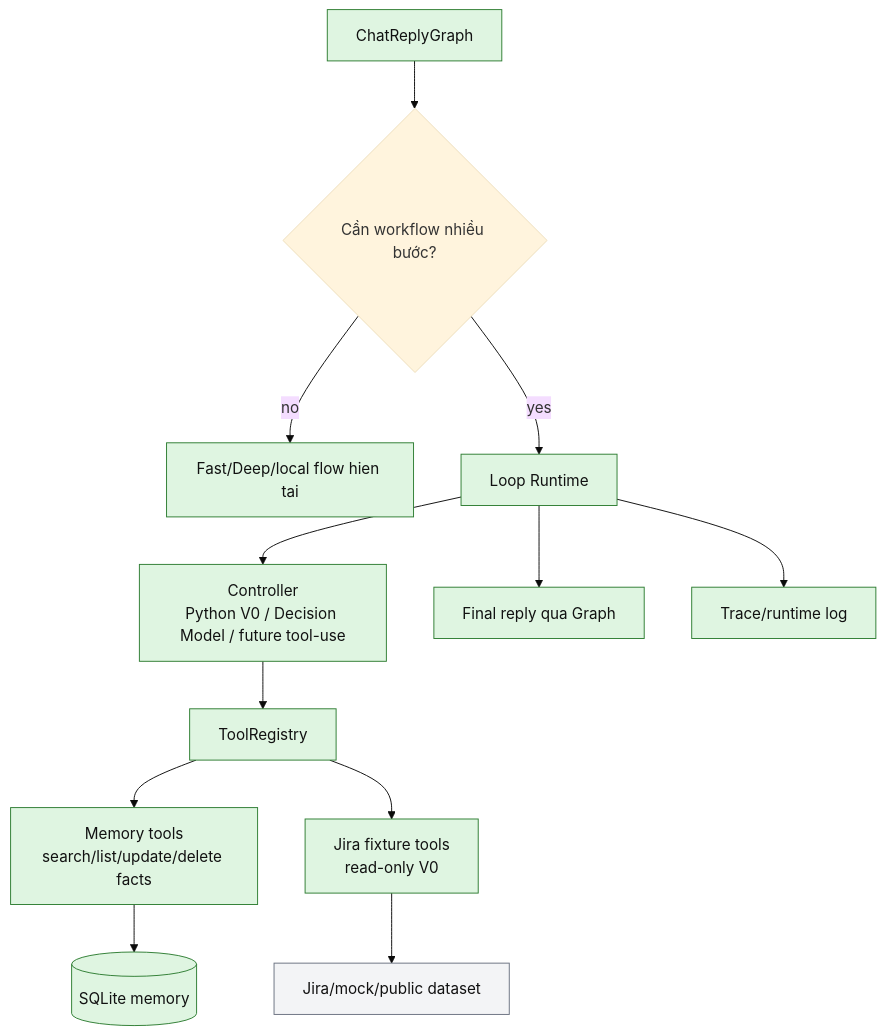
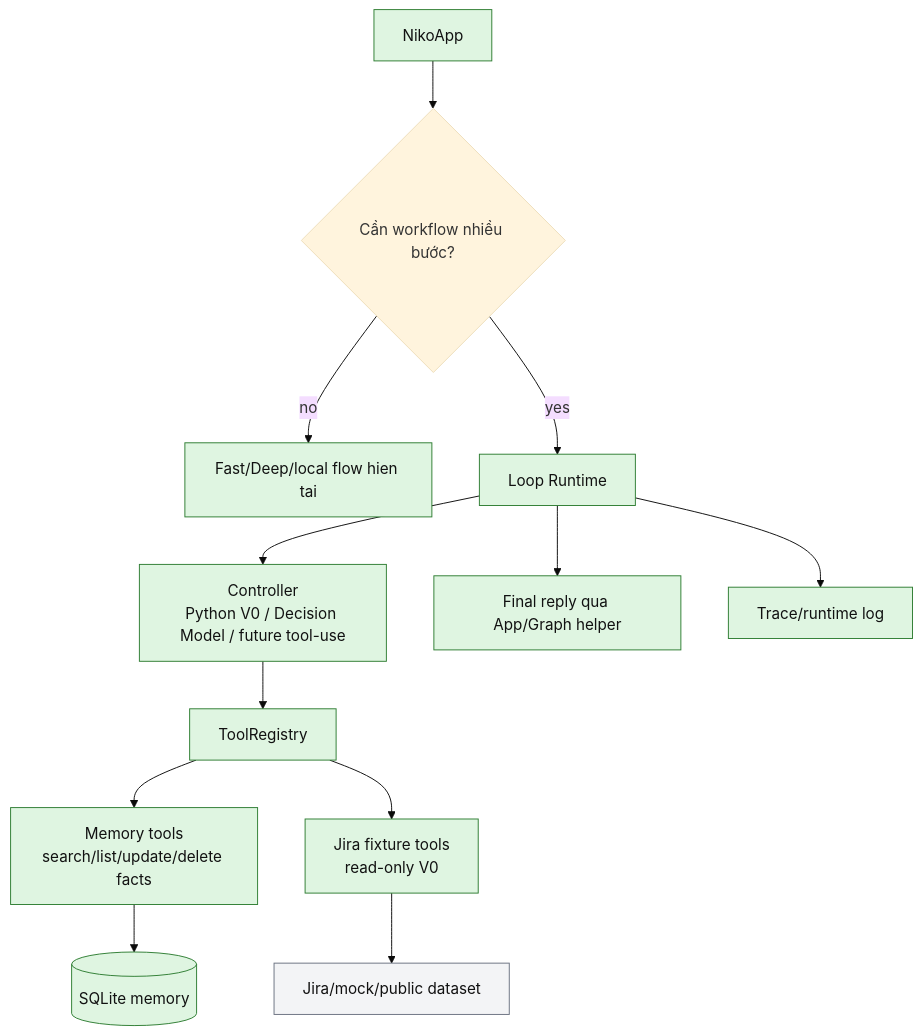
One commit to LuongAnh1/Niko_Agent changed the seventh of 8 diagrams in docs/memory/chat-memory-architecture-flow.md. Above: the diagram before and after it, drawn with Mermaid (base theme). The commit also changed other lines of this file and 19 other files, not shown here.

Commit message:
feat: surface app workflow selection in ops

````diff
--- a/docs/memory/chat-memory-architecture-flow.md
+++ b/docs/memory/chat-memory-architecture-flow.md
@@ -306,21 +310,21 @@
 ```mermaid
 flowchart TB
-    Graph[ChatReplyGraph] --> NeedTool{Cần workflow nhiều bước?}
+    App[NikoApp] --> NeedTool{Cần workflow nhiều bước?}
     NeedTool -->|no| Normal[Fast/Deep/local flow hien tai]
     NeedTool -->|yes| Loop[Loop Runtime]
     Loop --> Controller[Controller<br/>Python V0 / Decision Model / future tool-use]
     Controller --> Registry[ToolRegistry]
     Registry --> MemoryTools[Memory tools<br/>search/list/update/delete facts]
     Registry --> JiraTools[Jira fixture tools<br/>read-only V0]
     MemoryTools --> Store[(SQLite memory)]
     JiraTools --> External[Jira/mock/public dataset]
-    Loop --> Final[Final reply qua Graph]
+    Loop --> Final[Final reply qua App/Graph helper]
     Loop --> Trace[Trace/runtime log]
 
     classDef done fill:#dff5e1,stroke:#2e7d32,color:#111;
     classDef planned fill:#fff4cc,stroke:#b7791f,color:#111;
     classDef boundary fill:#f3f4f6,stroke:#6b7280,color:#111;
 
-    class Graph,Normal,Loop,Controller,Registry,MemoryTools,JiraTools,Store,Final,Trace done;
+    class App,Normal,Loop,Controller,Registry,MemoryTools,JiraTools,Store,Final,Trace done;
     class External boundary;
 ```
````
